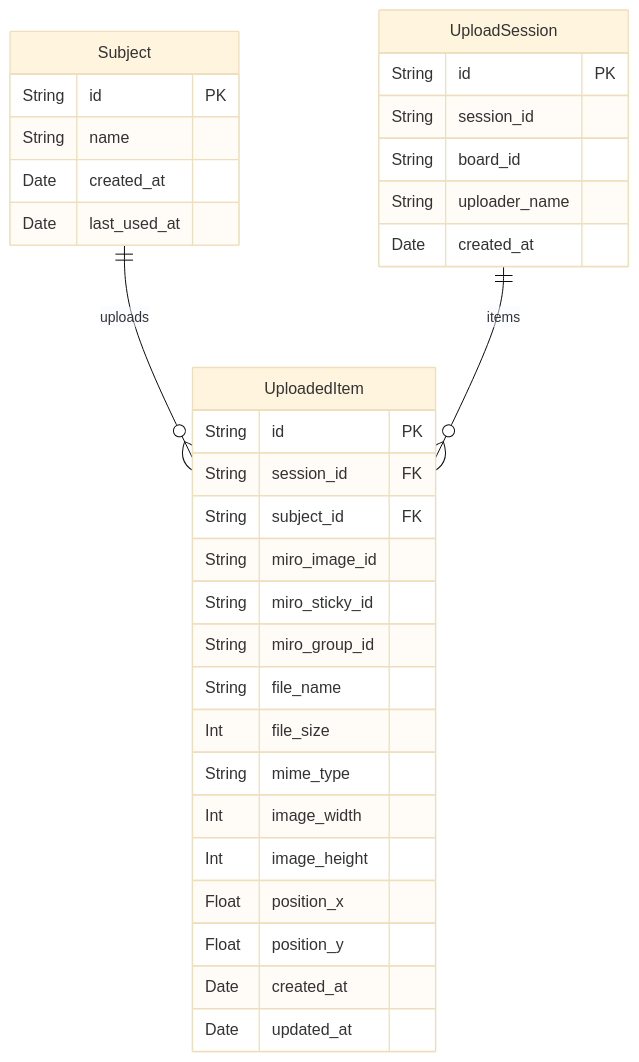
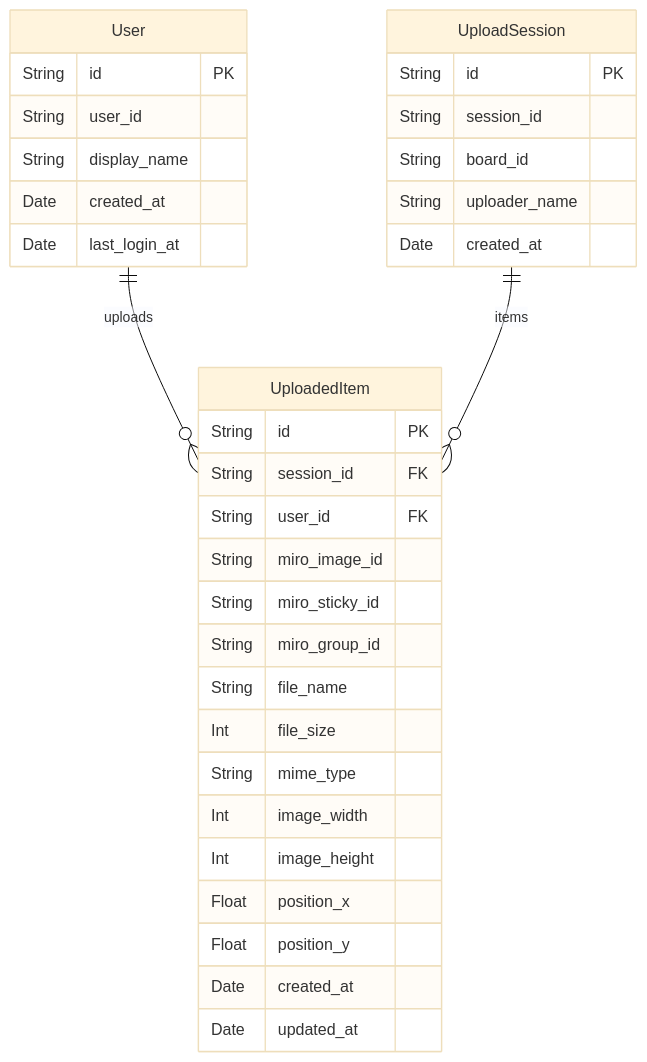
One commit to yh-256/miro-app changed the diagram in README.md. Above: the diagram before and after it, drawn with Mermaid (base theme). The commit also changed other lines of this file and 23 other files, not shown here.

First line of the commit message:
Refactor search and upload functionality to replace "subjectId" with "userId"

````diff
--- a/README.md
+++ b/README.md
@@ -225,38 +223,39 @@
 ```mermaid
 erDiagram
-  Subject {
+  User {
     String id PK
-    String name
+    String user_id
+    String display_name
     Date created_at
-    Date last_used_at
+    Date last_login_at
   }
 
   UploadSession {
     String id PK
     String session_id
     String board_id
     String uploader_name
     Date created_at
   }
 
   UploadedItem {
     String id PK
     String session_id FK
-    String subject_id FK
+    String user_id FK
     String miro_image_id
     String miro_sticky_id
     String miro_group_id
     String file_name
     Int    file_size
     String mime_type
     Int    image_width
     Int    image_height
     Float  position_x
     Float  position_y
     Date   created_at
     Date   updated_at
   }
 
-  Subject ||--o{ UploadedItem : "uploads"
+  User ||--o{ UploadedItem : "uploads"
   UploadSession ||--o{ UploadedItem : "items"
 ```
````
